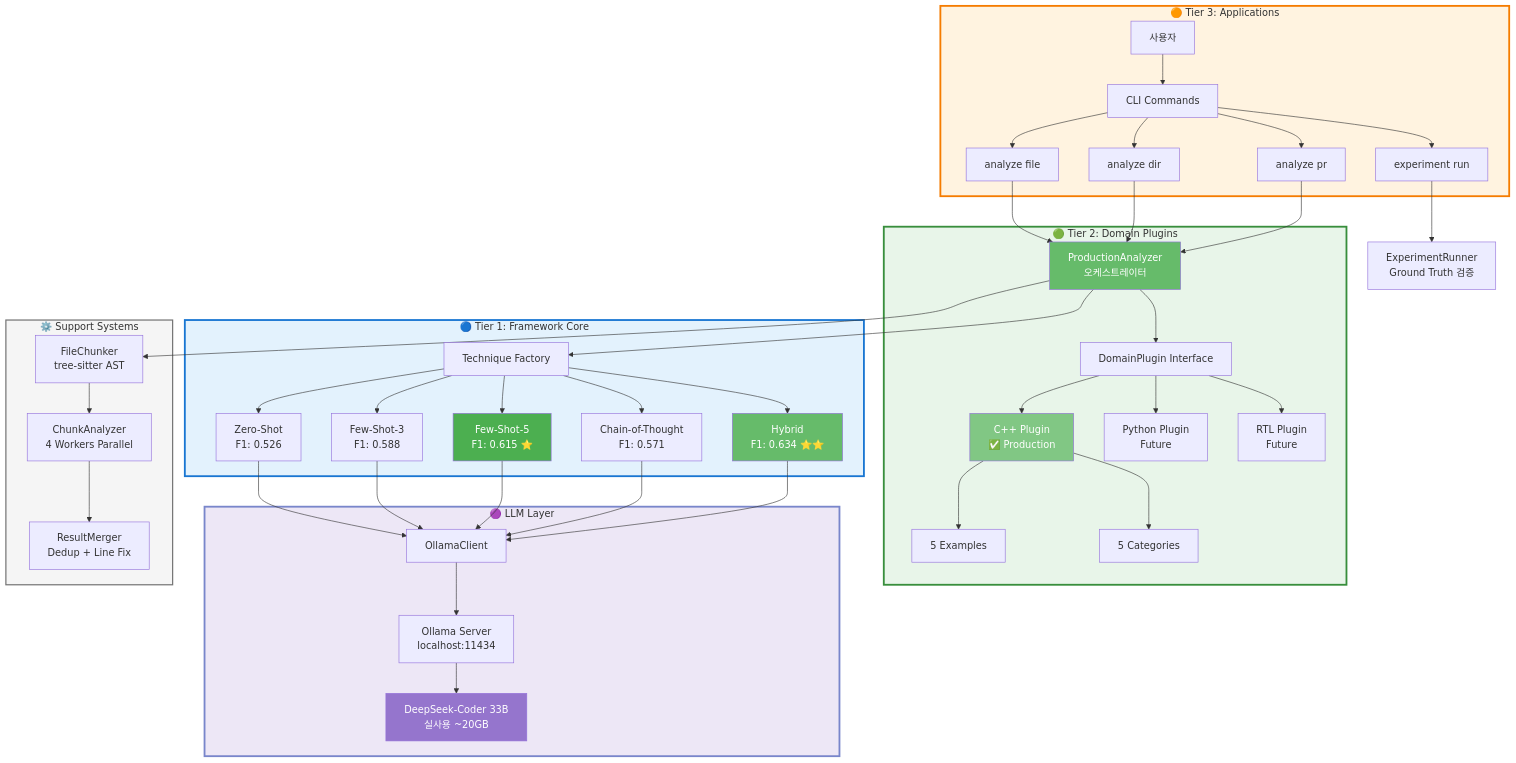
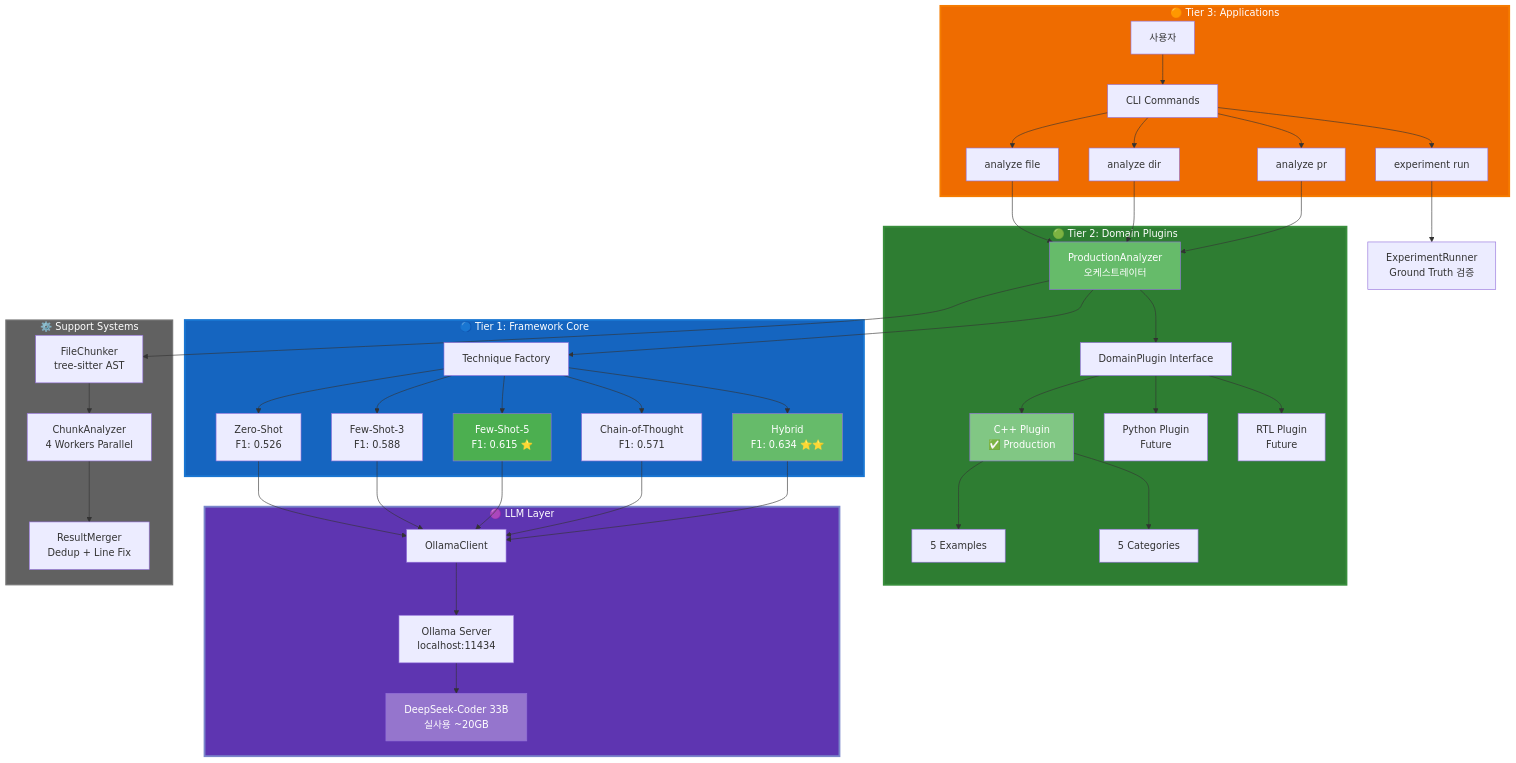
Before and after one commit to ApeachM/llm-code-reviewer: the seventh of 46 diagrams in PRESENTATION.md, drawn with Mermaid.

Commit message:
docs: Fix subgraph colors for dark theme readability
Changed very light background colors to darker shades for better
contrast with white text in dark theme:

- Tier 3: #fff3e0 → #ef6c00 (dark orange)
- Tier 2: #e8f5e9 → #2e7d32 (dark green)
- Tier 1: #e3f2fd → #1565c0 (dark blue)
- LLM Layer: #ede7f6 → #5e35b1 (dark purple)
- Support: #f5f5f5 → #616161 (dark gray)

All subgraph styles now explicitly set color:#fff for white text.
This ensures readability when viewing in Typora with dark theme.

🤖 Generated with [Claude Code](https://claude.com/claude-code)

```diff
--- a/PRESENTATION.md
+++ b/PRESENTATION.md
@@ -342,11 +342,11 @@
 
     Exp --> Runner[ExperimentRunner<br/>Ground Truth 검증]
 
-    style T3 fill:#fff3e0,stroke:#f57c00,stroke-width:3px
-    style T2 fill:#e8f5e9,stroke:#388e3c,stroke-width:3px
-    style T1 fill:#e3f2fd,stroke:#1976d2,stroke-width:3px
-    style LLM fill:#ede7f6,stroke:#7986cb,stroke-width:3px
-    style Support fill:#f5f5f5,stroke:#757575,stroke-width:2px
+    style T3 fill:#ef6c00,stroke:#f57c00,stroke-width:3px,color:#fff
+    style T2 fill:#2e7d32,stroke:#388e3c,stroke-width:3px,color:#fff
+    style T1 fill:#1565c0,stroke:#1976d2,stroke-width:3px,color:#fff
+    style LLM fill:#5e35b1,stroke:#7986cb,stroke-width:3px,color:#fff
+    style Support fill:#616161,stroke:#757575,stroke-width:2px,color:#fff
 
     style PA fill:#66bb6a,color:#fff
     style Cpp fill:#81c784,color:#fff
```
